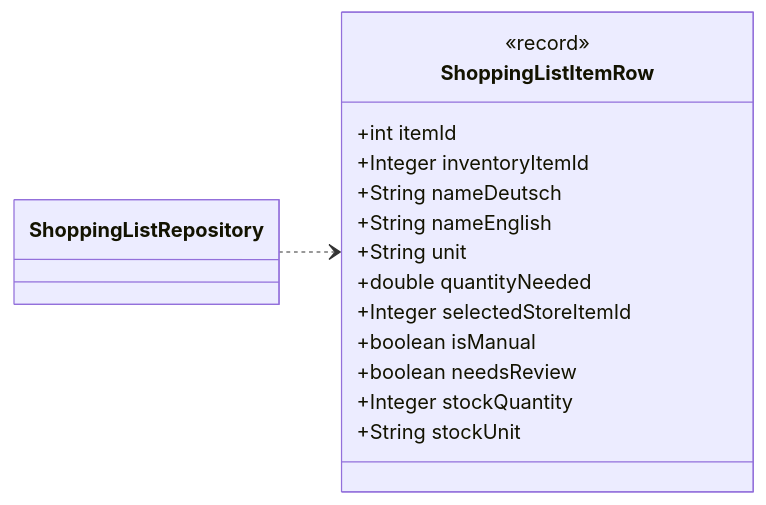
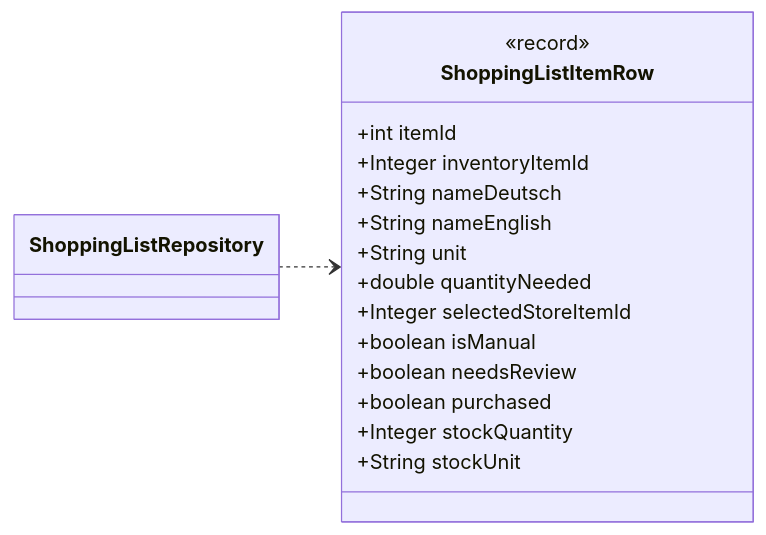
One commit to Nate-ryan-7690/dahaem changed the eighth of 16 diagrams in docs/classes/shopping.md. Above: the diagram before and after it, drawn with Mermaid. The commit also changed other lines of this file and 4 other files, not shown here.

````diff
--- a/docs/classes/shopping.md
+++ b/docs/classes/shopping.md
@@ -324,20 +359,21 @@
 ```mermaid
 classDiagram
     direction LR
     class shopping_ShoppingListItemRow["ShoppingListItemRow"] {
         <<record>>
         +int itemId
         +Integer inventoryItemId
         +String nameDeutsch
         +String nameEnglish
         +String unit
         +double quantityNeeded
         +Integer selectedStoreItemId
         +boolean isManual
         +boolean needsReview
+        +boolean purchased
         +Integer stockQuantity
         +String stockUnit
     }
     class shopping_ShoppingListRepository["ShoppingListRepository"]
     shopping_ShoppingListRepository ..> shopping_ShoppingListItemRow
 ```
````
